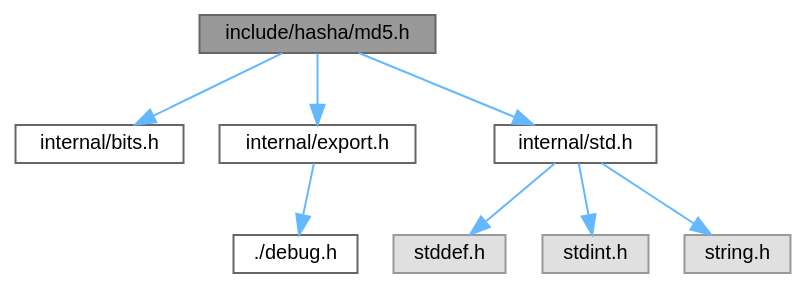
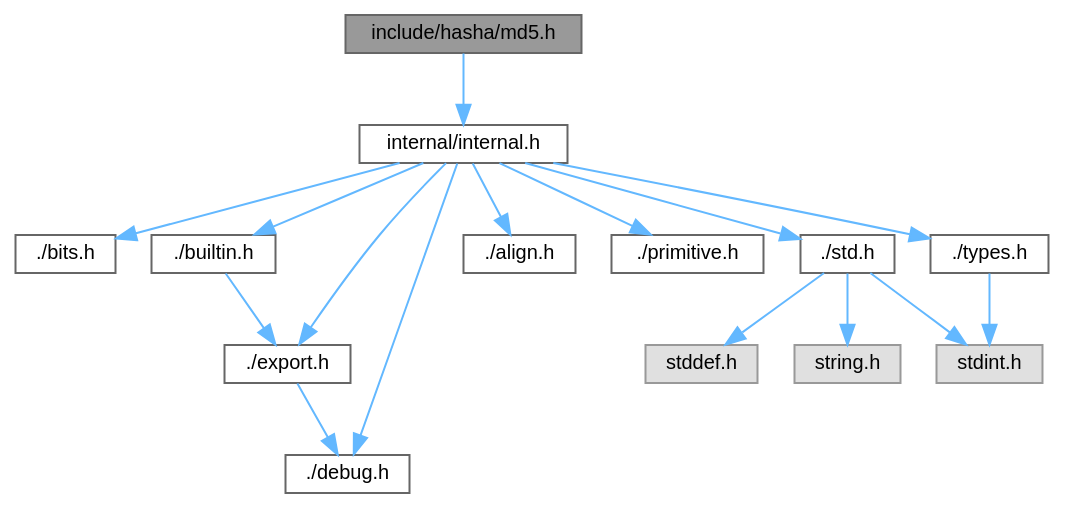
One commit to reslaid32/hasha changed the diagram in docs/dc/dfb/md5_8h__incl.dot. Above: the diagram before and after it, drawn with Graphviz. The commit also changed 201 other files, not shown here.

```diff
--- a/docs/dc/dfb/md5_8h__incl.dot
+++ b/docs/dc/dfb/md5_8h__incl.dot
@@ -1,22 +1,35 @@
 digraph "include/hasha/md5.h"
 {
  // LATEX_PDF_SIZE
   bgcolor="transparent";
   edge [fontname=Helvetica,fontsize=10,labelfontname=Helvetica,labelfontsize=10];
   node [fontname=Helvetica,fontsize=10,shape=box,height=0.2,width=0.4];
   Node1 [id="Node000001",label="include/hasha/md5.h",height=0.2,width=0.4,color="gray40", fillcolor="grey60", style="filled", fontcolor="black",tooltip="Header file for the MD5 cryptographic hash function."];
   Node1 -> Node2 [id="edge1_Node000001_Node000002",color="steelblue1",style="solid",tooltip=" "];
-  Node2 [id="Node000002",label="internal/bits.h",height=0.2,width=0.4,color="grey40", fillcolor="white", style="filled",URL="$df/db9/bits_8h.html",tooltip=" "];
-  Node1 -> Node3 [id="edge2_Node000001_Node000003",color="steelblue1",style="solid",tooltip=" "];
-  Node3 [id="Node000003",label="internal/export.h",height=0.2,width=0.4,color="grey40", fillcolor="white", style="filled",URL="$db/db5/export_8h.html",tooltip=" "];
-  Node3 -> Node4 [id="edge3_Node000003_Node000004",color="steelblue1",style="solid",tooltip=" "];
-  Node4 [id="Node000004",label="./debug.h",height=0.2,width=0.4,color="grey40", fillcolor="white", style="filled",URL="$db/d16/debug_8h.html",tooltip=" "];
-  Node1 -> Node5 [id="edge4_Node000001_Node000005",color="steelblue1",style="solid",tooltip=" "];
-  Node5 [id="Node000005",label="internal/std.h",height=0.2,width=0.4,color="grey40", fillcolor="white", style="filled",URL="$d6/dc4/std_8h.html",tooltip=" "];
+  Node2 [id="Node000002",label="internal/internal.h",height=0.2,width=0.4,color="grey40", fillcolor="white", style="filled",URL="$db/dde/internal_8h.html",tooltip=" "];
+  Node2 -> Node3 [id="edge2_Node000002_Node000003",color="steelblue1",style="solid",tooltip=" "];
+  Node3 [id="Node000003",label="./bits.h",height=0.2,width=0.4,color="grey40", fillcolor="white", style="filled",URL="$df/db9/bits_8h.html",tooltip=" "];
+  Node2 -> Node4 [id="edge3_Node000002_Node000004",color="steelblue1",style="solid",tooltip=" "];
+  Node4 [id="Node000004",label="./builtin.h",height=0.2,width=0.4,color="grey40", fillcolor="white", style="filled",URL="$d6/dcd/builtin_8h.html",tooltip=" "];
+  Node4 -> Node5 [id="edge4_Node000004_Node000005",color="steelblue1",style="solid",tooltip=" "];
+  Node5 [id="Node000005",label="./export.h",height=0.2,width=0.4,color="grey40", fillcolor="white", style="filled",URL="$db/db5/export_8h.html",tooltip=" "];
   Node5 -> Node6 [id="edge5_Node000005_Node000006",color="steelblue1",style="solid",tooltip=" "];
-  Node6 [id="Node000006",label="stddef.h",height=0.2,width=0.4,color="grey60", fillcolor="#E0E0E0", style="filled",tooltip=" "];
-  Node5 -> Node7 [id="edge6_Node000005_Node000007",color="steelblue1",style="solid",tooltip=" "];
-  Node7 [id="Node000007",label="stdint.h",height=0.2,width=0.4,color="grey60", fillcolor="#E0E0E0", style="filled",tooltip=" "];
-  Node5 -> Node8 [id="edge7_Node000005_Node000008",color="steelblue1",style="solid",tooltip=" "];
-  Node8 [id="Node000008",label="string.h",height=0.2,width=0.4,color="grey60", fillcolor="#E0E0E0", style="filled",tooltip=" "];
+  Node6 [id="Node000006",label="./debug.h",height=0.2,width=0.4,color="grey40", fillcolor="white", style="filled",URL="$db/d16/debug_8h.html",tooltip=" "];
+  Node2 -> Node6 [id="edge6_Node000002_Node000006",color="steelblue1",style="solid",tooltip=" "];
+  Node2 -> Node5 [id="edge7_Node000002_Node000005",color="steelblue1",style="solid",tooltip=" "];
+  Node2 -> Node7 [id="edge8_Node000002_Node000007",color="steelblue1",style="solid",tooltip=" "];
+  Node7 [id="Node000007",label="./align.h",height=0.2,width=0.4,color="grey40", fillcolor="white", style="filled",URL="$d1/ddf/align_8h.html",tooltip=" "];
+  Node2 -> Node8 [id="edge9_Node000002_Node000008",color="steelblue1",style="solid",tooltip=" "];
+  Node8 [id="Node000008",label="./primitive.h",height=0.2,width=0.4,color="grey40", fillcolor="white", style="filled",URL="$d1/d71/primitive_8h.html",tooltip=" "];
+  Node2 -> Node9 [id="edge10_Node000002_Node000009",color="steelblue1",style="solid",tooltip=" "];
+  Node9 [id="Node000009",label="./std.h",height=0.2,width=0.4,color="grey40", fillcolor="white", style="filled",URL="$d6/dc4/std_8h.html",tooltip=" "];
+  Node9 -> Node10 [id="edge11_Node000009_Node000010",color="steelblue1",style="solid",tooltip=" "];
+  Node10 [id="Node000010",label="stddef.h",height=0.2,width=0.4,color="grey60", fillcolor="#E0E0E0", style="filled",tooltip=" "];
+  Node9 -> Node11 [id="edge12_Node000009_Node000011",color="steelblue1",style="solid",tooltip=" "];
+  Node11 [id="Node000011",label="stdint.h",height=0.2,width=0.4,color="grey60", fillcolor="#E0E0E0", style="filled",tooltip=" "];
+  Node9 -> Node12 [id="edge13_Node000009_Node000012",color="steelblue1",style="solid",tooltip=" "];
+  Node12 [id="Node000012",label="string.h",height=0.2,width=0.4,color="grey60", fillcolor="#E0E0E0", style="filled",tooltip=" "];
+  Node2 -> Node13 [id="edge14_Node000002_Node000013",color="steelblue1",style="solid",tooltip=" "];
+  Node13 [id="Node000013",label="./types.h",height=0.2,width=0.4,color="grey40", fillcolor="white", style="filled",URL="$d9/d49/types_8h.html",tooltip=" "];
+  Node13 -> Node11 [id="edge15_Node000013_Node000011",color="steelblue1",style="solid",tooltip=" "];
 }
```
